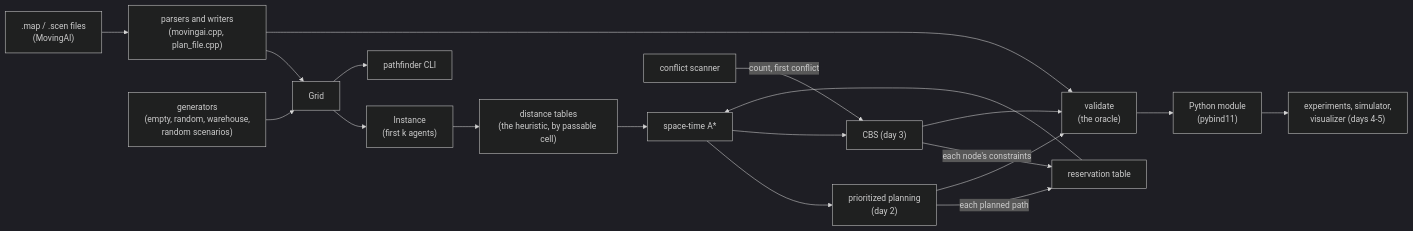
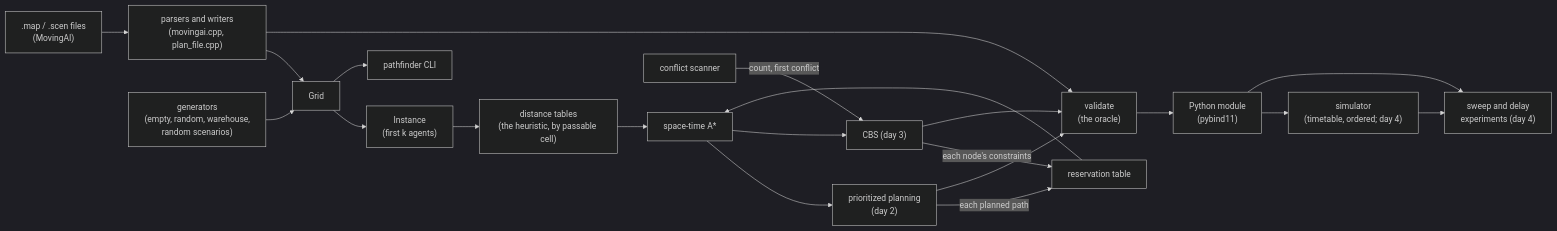
One commit to vivekdavara/pathfinder changed the diagram in README.md. Above: the diagram before and after it, drawn with Mermaid (dark theme). The commit also changed other lines of this file, not shown here.

First line of the commit message:
README: day-4 status, the simulator and the experiments in how to run

````diff
--- a/README.md
+++ b/README.md
@@ -38,20 +40,22 @@
 ```mermaid
 flowchart LR
   MAP[".map / .scen files<br/>(MovingAI)"] --> FMT["parsers and writers<br/>(movingai.cpp, plan_file.cpp)"]
   GEN["generators<br/>(empty, random, warehouse,<br/>random scenarios)"] --> GRID
   FMT --> GRID["Grid"] --> INST["Instance<br/>(first k agents)"]
   INST --> DIST["distance tables<br/>(the heuristic, by passable cell)"]
   DIST --> STA["space-time A*"]
   RES["reservation table"] --> STA
   STA --> PP["prioritized planning<br/>(day 2)"]
   STA --> CBS["CBS (day 3)"]
   SCAN["conflict scanner"] -- "count, first conflict" --> CBS
   CBS -- "each node's constraints" --> RES
   PP -- "each planned path" --> RES
   PP --> VAL["validate<br/>(the oracle)"]
   CBS --> VAL
   FMT --> VAL
   GRID --> CLI["pathfinder CLI"]
   VAL --> PY["Python module<br/>(pybind11)"]
-  PY --> EXP["experiments, simulator,<br/>visualizer (days 4-5)"]
+  PY --> SIM["simulator<br/>(timetable, ordered; day 4)"]
+  PY --> EXP["sweep and delay<br/>experiments (day 4)"]
+  SIM --> EXP
 ```
````
